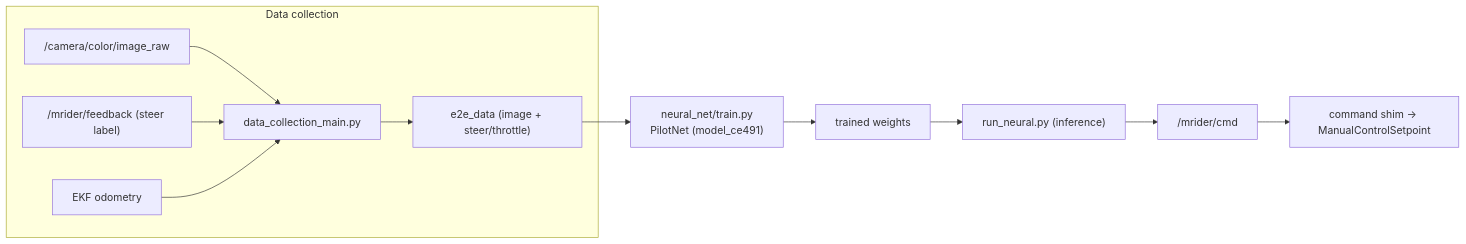
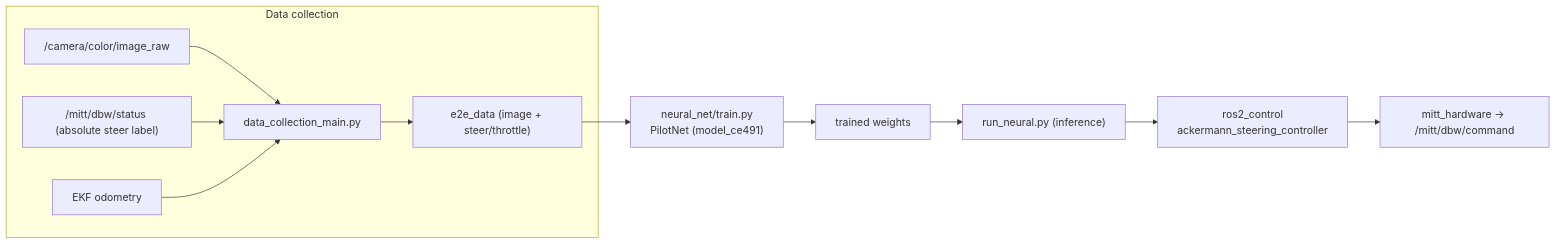
Before and after one commit to jrkwon/mrider: the second of 2 diagrams in docs/design/software.md, drawn with Mermaid. The commit also changed other lines of this file and 25 other files, not shown here.

````diff
--- a/docs/design/software.md
+++ b/docs/design/software.md
@@ -247,14 +293,14 @@
 ```mermaid
 flowchart LR
     subgraph COLLECT["Data collection"]
         IMG["/camera/color/image_raw"] --> REC["data_collection_main.py"]
-        FB["/mrider/feedback (steer label)"] --> REC
+        FB["/mitt/dbw/status (absolute steer label)"] --> REC
         ODO["EKF odometry"] --> REC
         REC --> DS["e2e_data (image + steer/throttle)"]
     end
     DS --> TRAIN["neural_net/train.py<br/>PilotNet (model_ce491)"]
     TRAIN --> WTS["trained weights"]
     WTS --> INF["run_neural.py (inference)"]
-    INF --> CMD["/mrider/cmd"]
-    CMD --> SHIM["command shim -> ManualControlSetpoint"]
+    INF --> RC2["ros2_control<br/>ackermann_steering_controller"]
+    RC2 --> HW["mitt_hardware -> /mitt/dbw/command"]
 ```
````
